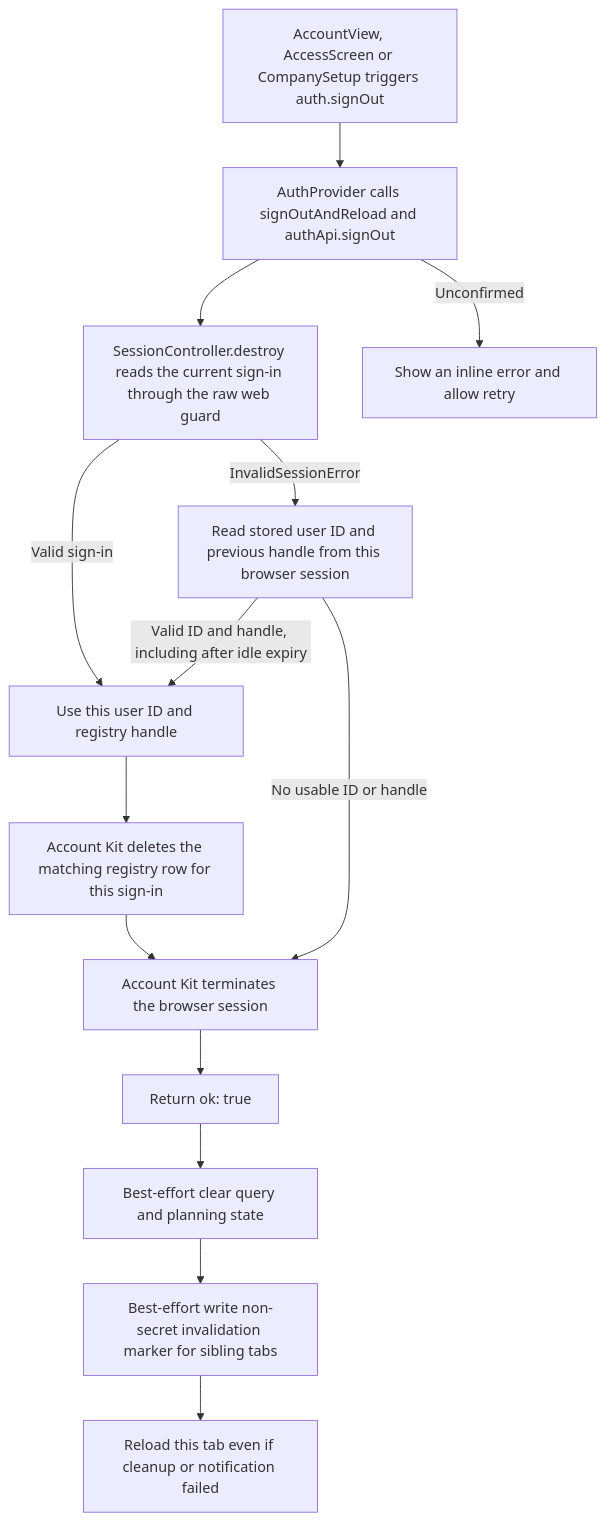
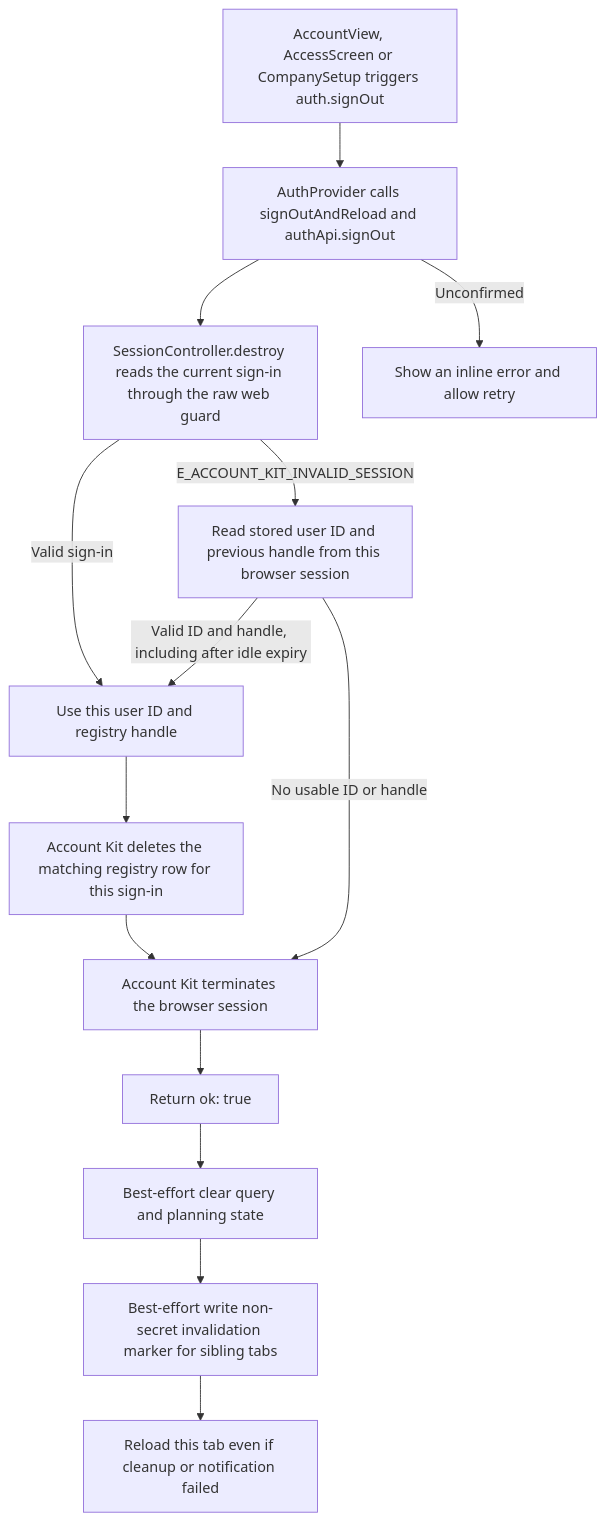
One commit to Kevinjohn/capacitylens changed the second of 2 diagrams in user-stories/account/US-ACCOUNT-04-sign-out.md. Above: the diagram before and after it, drawn with Mermaid. The commit also changed 26 other files, not shown here.

First line of the commit message:
Take Account Kit 0.7.0 with access-control 0.4.0, confirm-action-with-password 0.5.0 and masquerade 0.7.0

````diff
--- a/user-stories/account/US-ACCOUNT-04-sign-out.md
+++ b/user-stories/account/US-ACCOUNT-04-sign-out.md
@@ -27,16 +27,16 @@
 ```mermaid
 flowchart TD
   entry["AccountView, AccessScreen or CompanySetup triggers auth.signOut"] --> request["AuthProvider calls signOutAndReload and authApi.signOut"]
   request --> current["SessionController.destroy reads the current sign-in through the raw web guard"]
   current -->|Valid sign-in| identified["Use this user ID and registry handle"]
-  current -->|InvalidSessionError| previous["Read stored user ID and previous handle from this browser session"]
+  current -->|E_ACCOUNT_KIT_INVALID_SESSION| previous["Read stored user ID and previous handle from this browser session"]
   previous -->|Valid ID and handle, including after idle expiry| identified
   previous -->|No usable ID or handle| terminate["Account Kit terminates the browser session"]
   identified --> remove["Account Kit deletes the matching registry row for this sign-in"]
   remove --> terminate
   terminate --> ok["Return ok: true"]
   request -->|Unconfirmed| error["Show an inline error and allow retry"]
   ok --> cleanup["Best-effort clear query and planning state"]
   cleanup --> signal["Best-effort write non-secret invalidation marker for sibling tabs"]
   signal --> reload["Reload this tab even if cleanup or notification failed"]
 ```
````
